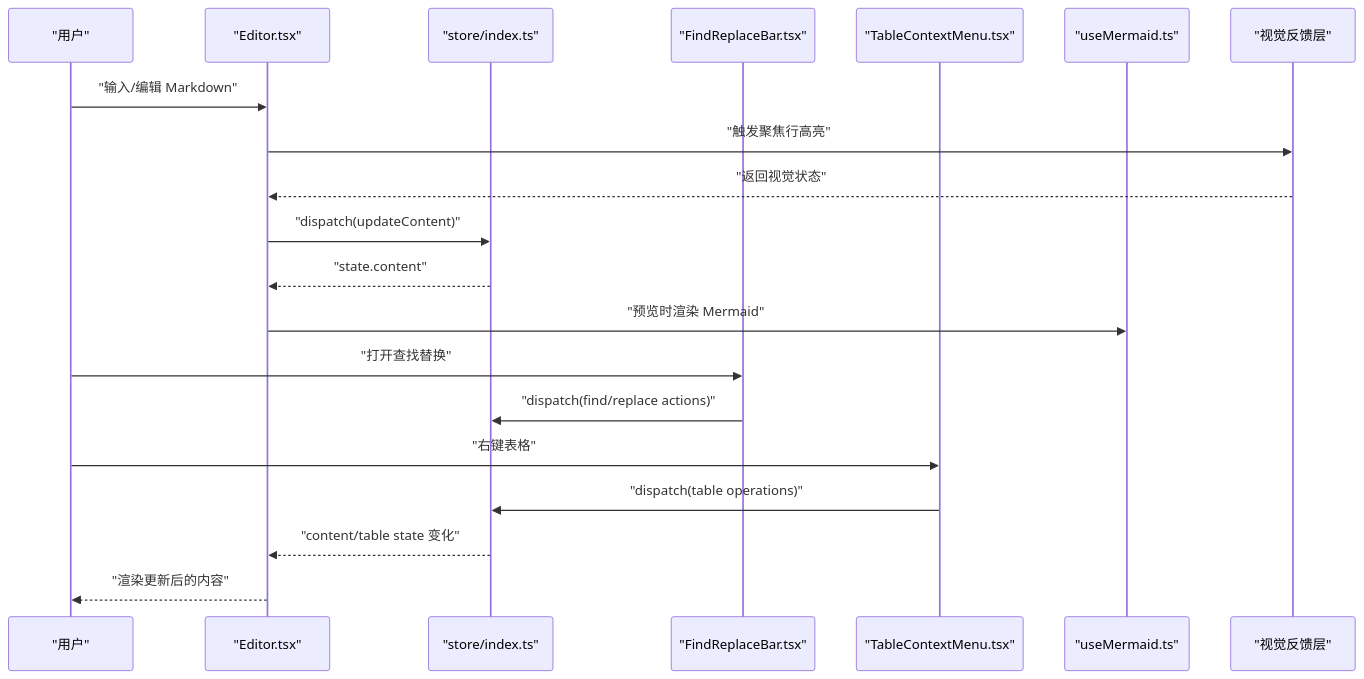
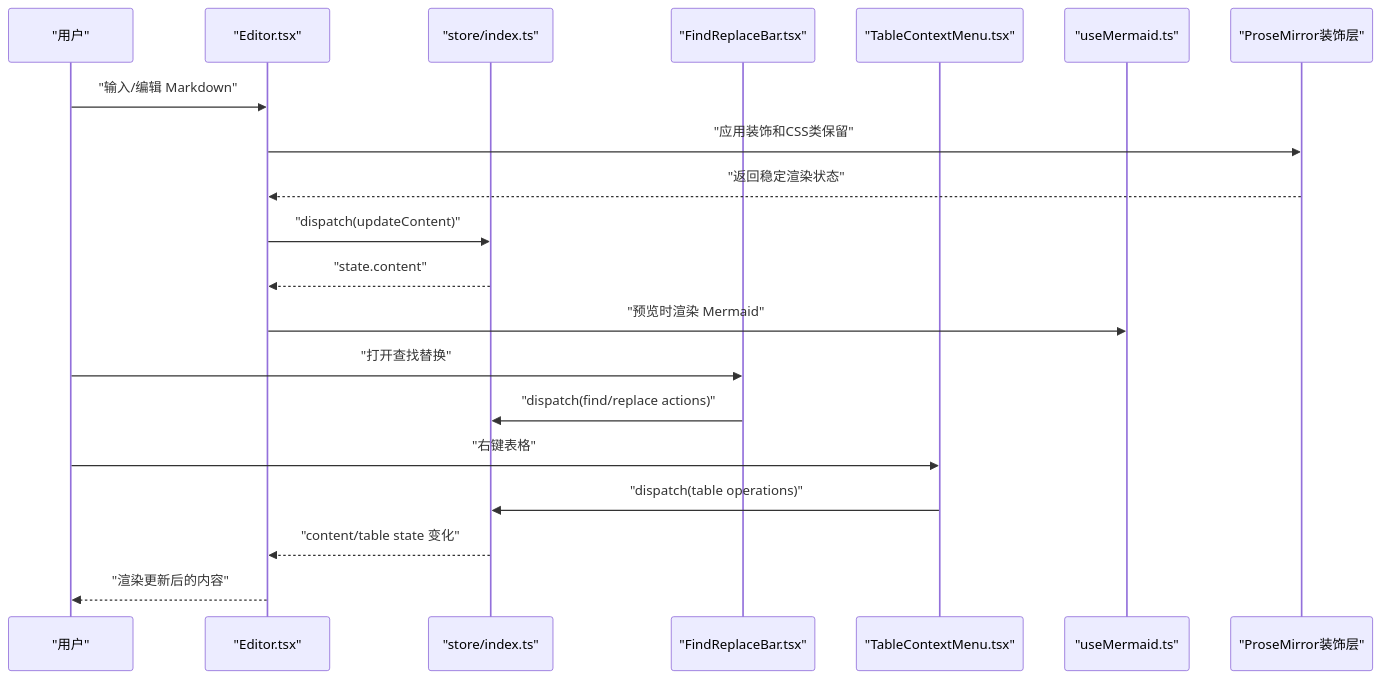
Before and after one commit to gongshiyun/ZenNote: the second of 7 diagrams in .qoder/repowiki/zh/content/核心组件/编辑器组件.md, drawn with Mermaid. The commit also changed other lines of this file and 14 other files, not shown here.

````diff
--- a/.qoder/repowiki/zh/content/核心组件/编辑器组件.md
+++ b/.qoder/repowiki/zh/content/核心组件/编辑器组件.md
@@ -120,22 +123,22 @@
 ```mermaid
 sequenceDiagram
 participant U as "用户"
 participant E as "Editor.tsx"
 participant S as "store/index.ts"
 participant F as "FindReplaceBar.tsx"
 participant T as "TableContextMenu.tsx"
 participant M as "useMermaid.ts"
-participant V as "视觉反馈层"
+participant PM as "ProseMirror装饰层"
 U->>E : "输入/编辑 Markdown"
-E->>V : "触发聚焦行高亮"
-V-->>E : "返回视觉状态"
+E->>PM : "应用装饰和CSS类保留"
+PM-->>E : "返回稳定渲染状态"
 E->>S : "dispatch(updateContent)"
 S-->>E : "state.content"
 E->>M : "预览时渲染 Mermaid"
 U->>F : "打开查找替换"
 F->>S : "dispatch(find/replace actions)"
 U->>T : "右键表格"
 T->>S : "dispatch(table operations)"
 S-->>E : "content/table state 变化"
 E-->>U : "渲染更新后的内容"
 ```
````
